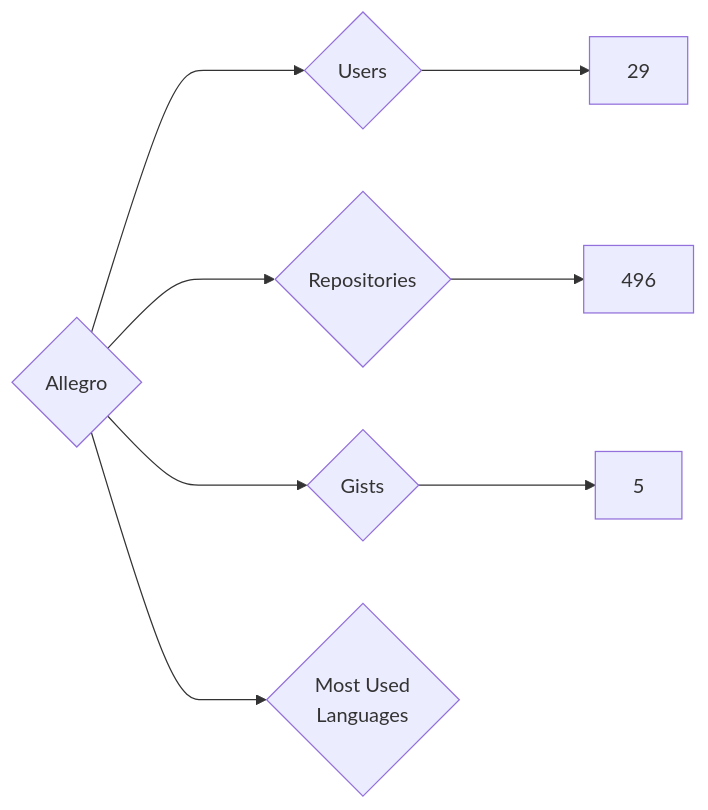
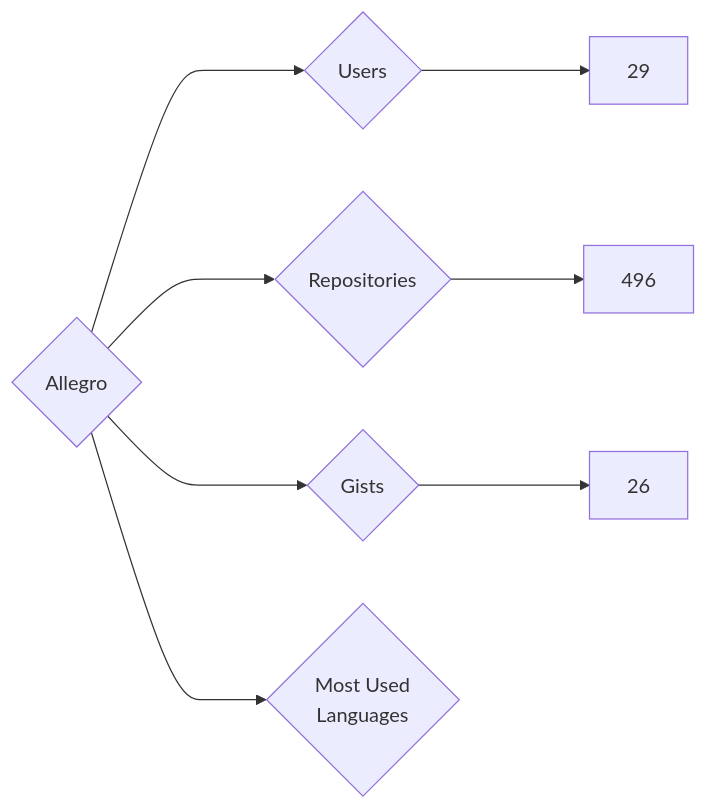
The diagram in targets/Allegro/README.md (nenadzaric/insiders), drawn with Mermaid before and after one commit. The commit also changed 1342 other files, not shown here.

````diff
--- a/targets/Allegro/README.md
+++ b/targets/Allegro/README.md
@@ -3,8 +3,8 @@
 ```mermaid
 graph LR
 COMPANY_NAME{Allegro}
 COMPANY_NAME ---> U{Users} ---> UN[29]
 COMPANY_NAME ---> R{Repositories} ---> RN[496]
-COMPANY_NAME ---> G{Gists} ---> GN[5]
+COMPANY_NAME ---> G{Gists} ---> GN[26]
 COMPANY_NAME ---> ML{Most Used<br>Languages}
 ```
````
